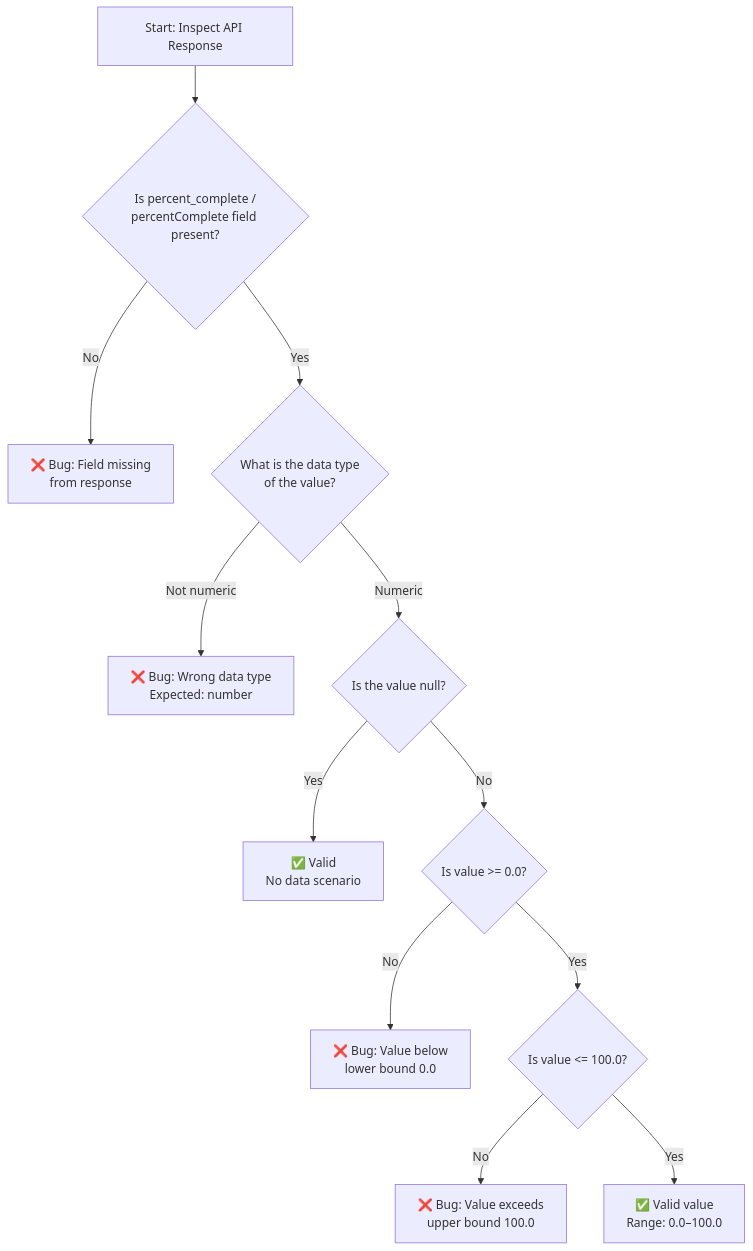
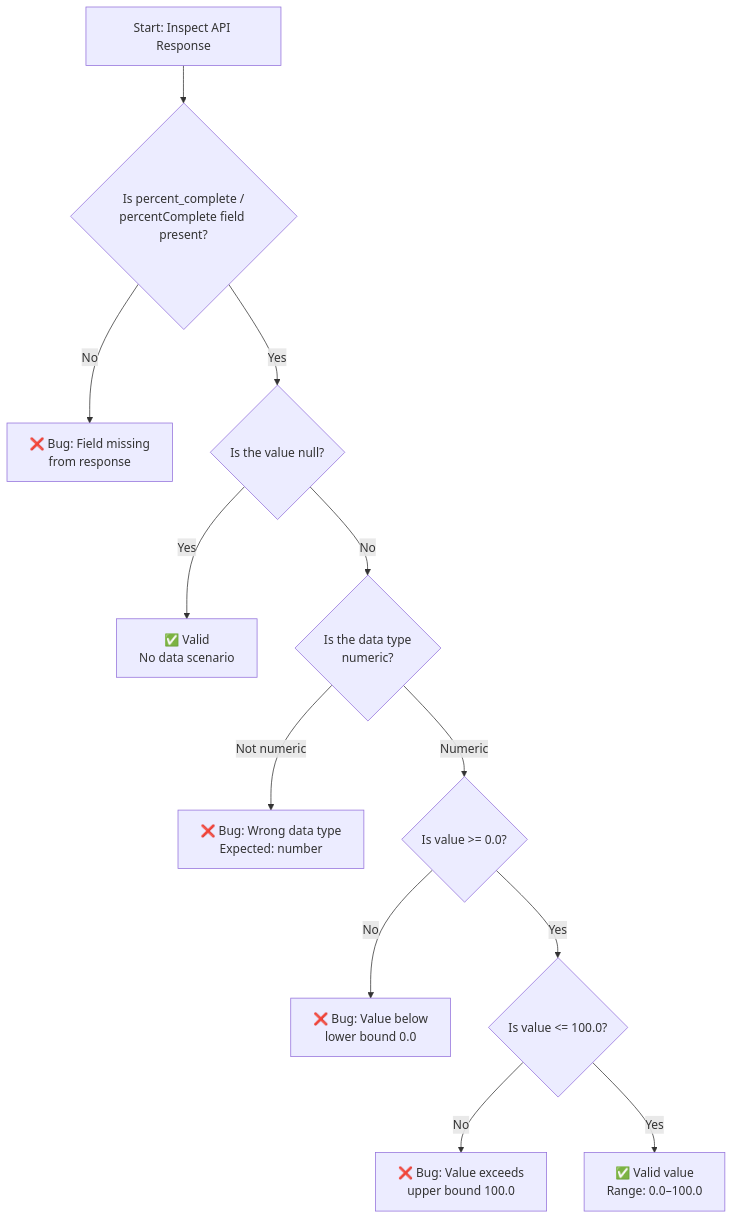
Before and after one commit to shaliniblitzy/6thapril_Document: the second of 2 diagrams in docs/test-cases/percent-complete-validation.md, drawn with Mermaid. The commit also changed 2 other files, not shown here.

Commit message:
Fix Mermaid diagram null-value flow in 3 documentation files
Reorder validation flow diagrams to check for null values before
data type check. Previously, null values (which are valid per spec)
would incorrectly flow through the 'not numeric' path and be flagged
as bugs. Now null is checked first and routed to 'Valid - No data
scenario' before any numeric type validation.

Files fixed:
- docs/test-cases/percent-complete-validation.md: Validation Decision Tree
- docs/guides/devtools-api-inspection.md: DevTools Workflow Flowchart
- docs/api-verification/overview.md: Verification Workflow Flowchart

Addresses 3 MINOR review findings (Semantic Correctness - Mermaid Diagram)

````diff
--- a/docs/test-cases/percent-complete-validation.md
+++ b/docs/test-cases/percent-complete-validation.md
@@ -188,14 +188,14 @@
 ```mermaid
 graph TD
     A[Start: Inspect API Response] --> B{Is percent_complete /<br>percentComplete field present?}
     B -- No --> X1[❌ Bug: Field missing<br>from response]
-    B -- Yes --> C{What is the data type<br>of the value?}
-    C -- Not numeric --> X2[❌ Bug: Wrong data type<br>Expected: number]
-    C -- Numeric --> D{Is the value null?}
-    D -- Yes --> V1[✅ Valid<br>No data scenario]
-    D -- No --> E{Is value >= 0.0?}
+    B -- Yes --> C{Is the value null?}
+    C -- Yes --> V1[✅ Valid<br>No data scenario]
+    C -- No --> D{Is the data type<br>numeric?}
+    D -- Not numeric --> X2[❌ Bug: Wrong data type<br>Expected: number]
+    D -- Numeric --> E{Is value >= 0.0?}
     E -- No --> X3[❌ Bug: Value below<br>lower bound 0.0]
     E -- Yes --> F{Is value <= 100.0?}
     F -- No --> X4[❌ Bug: Value exceeds<br>upper bound 100.0]
     F -- Yes --> V2[✅ Valid value<br>Range: 0.0–100.0]
 ```
````
